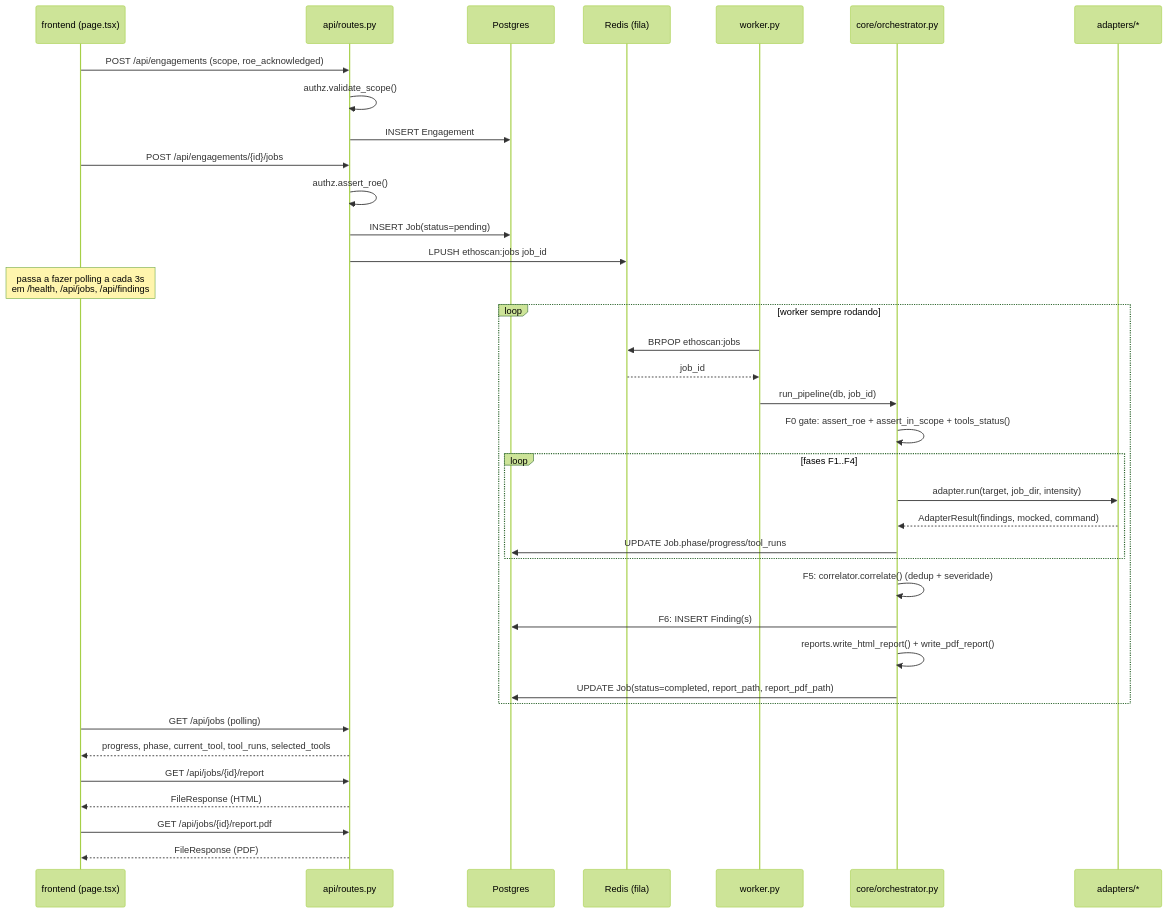
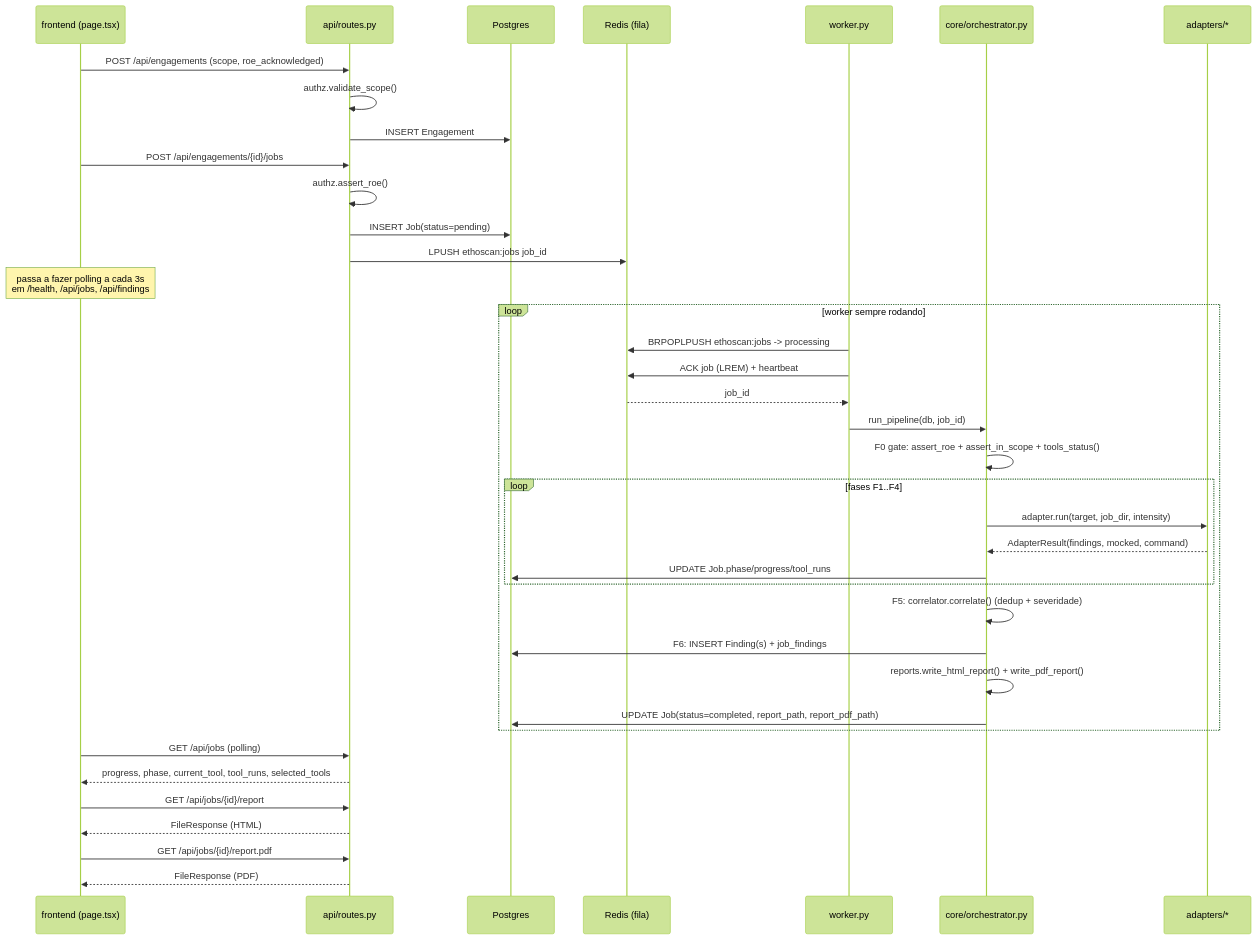
Before and after one commit to mauromantilha/ethoscan: the second of 2 diagrams in docs/architecture.md, drawn with Mermaid (forest theme). The commit also changed other lines of this file and 98 other files, not shown here.

````diff
--- a/docs/architecture.md
+++ b/docs/architecture.md
@@ -33,42 +34,43 @@
 ```mermaid
 sequenceDiagram
     participant UI as frontend (page.tsx)
     participant API as api/routes.py
     participant DB as Postgres
     participant Q as Redis (fila)
     participant W as worker.py
     participant O as core/orchestrator.py
     participant AD as adapters/*
 
     UI->>API: POST /api/engagements (scope, roe_acknowledged)
     API->>API: authz.validate_scope()
     API->>DB: INSERT Engagement
     UI->>API: POST /api/engagements/{id}/jobs
     API->>API: authz.assert_roe()
     API->>DB: INSERT Job(status=pending)
     API->>Q: LPUSH ethoscan:jobs job_id
     Note over UI: passa a fazer polling a cada 3s<br/>em /health, /api/jobs, /api/findings
 
     loop worker sempre rodando
-        W->>Q: BRPOP ethoscan:jobs
+        W->>Q: BRPOPLPUSH ethoscan:jobs -> processing
+        W->>Q: ACK job (LREM) + heartbeat
         Q-->>W: job_id
         W->>O: run_pipeline(db, job_id)
         O->>O: F0 gate: assert_roe + assert_in_scope + tools_status()
         loop fases F1..F4
             O->>AD: adapter.run(target, job_dir, intensity)
             AD-->>O: AdapterResult(findings, mocked, command)
             O->>DB: UPDATE Job.phase/progress/tool_runs
         end
         O->>O: F5: correlator.correlate() (dedup + severidade)
-        O->>DB: F6: INSERT Finding(s)
+        O->>DB: F6: INSERT Finding(s) + job_findings
         O->>O: reports.write_html_report() + write_pdf_report()
         O->>DB: UPDATE Job(status=completed, report_path, report_pdf_path)
     end
 
     UI->>API: GET /api/jobs (polling)
     API-->>UI: progress, phase, current_tool, tool_runs, selected_tools
     UI->>API: GET /api/jobs/{id}/report
     API-->>UI: FileResponse (HTML)
     UI->>API: GET /api/jobs/{id}/report.pdf
     API-->>UI: FileResponse (PDF)
 ```
````
